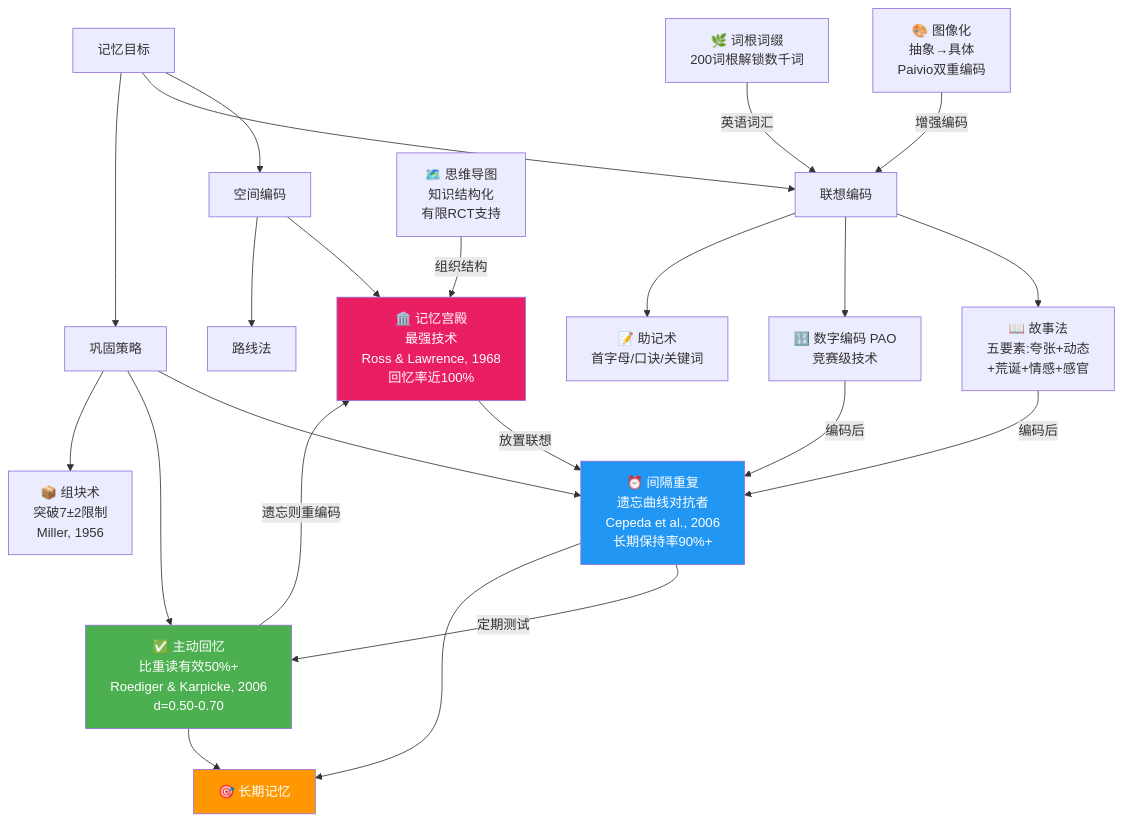
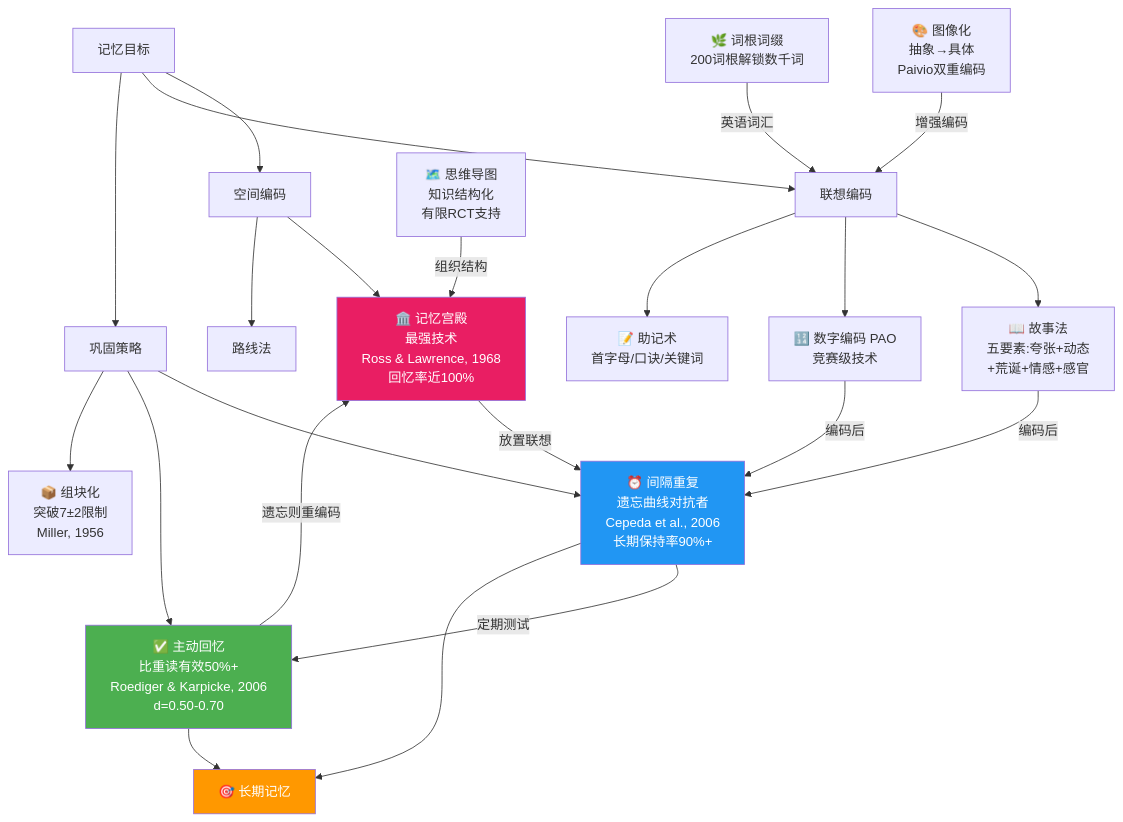
Before and after one commit to brother2050/memory-guide: the third of 3 diagrams in 02-核心记忆技巧.md, drawn with Mermaid. The commit also changed other lines of this file and 47 other files, not shown here.

````diff
--- a/02-核心记忆技巧.md
+++ b/02-核心记忆技巧.md
@@ -119,35 +119,35 @@
 ```mermaid
 graph TD
     START["记忆目标"] --> SPATIAL["空间编码"]
     START --> ASSOC["联想编码"]
     START --> CONSOL["巩固策略"]
 
     SPATIAL --> PALACE["🏛️ 记忆宫殿\n最强技术\nRoss & Lawrence, 1968\n回忆率近100%"]
     SPATIAL --> ROUTE["路线法"]
 
     ASSOC --> STORY["📖 故事法\n五要素:夸张+动态\n+荒诞+情感+感官"]
     ASSOC --> NUM["🔢 数字编码 PAO\n竞赛级技术"]
     ASSOC --> MNEMONIC["📝 助记术\n首字母/口诀/关键词"]
 
     CONSOL --> SR["⏰ 间隔重复\n遗忘曲线对抗者\nCepeda et al., 2006\n长期保持率90%+"]
     CONSOL --> AR["✅ 主动回忆\n比重读有效50%+\nRoediger & Karpicke, 2006\nd=0.50-0.70"]
-    CONSOL --> CHUNK["📦 组块术\n突破7±2限制\nMiller, 1956"]
+    CONSOL --> CHUNK["📦 组块化\n突破7±2限制\nMiller, 1956"]
 
     PALACE -->|放置联想| SR
     STORY -->|编码后| SR
     NUM -->|编码后| SR
     SR -->|定期测试| AR
     AR -->|遗忘则重编码| PALACE
 
     MINDMAP["🗺️ 思维导图\n知识结构化\n有限RCT支持"] -->|组织结构| PALACE
     VISUAL["🎨 图像化\n抽象→具体\nPaivio双重编码"] -->|增强编码| ASSOC
     ROOT["🌿 词根词缀\n200词根解锁数千词"] -->|英语词汇| ASSOC
 
     SR --> RESULT["🎯 长期记忆"]
     AR --> RESULT
 
     style PALACE fill:#E91E63,color:#fff
     style SR fill:#2196F3,color:#fff
     style AR fill:#4CAF50,color:#fff
     style RESULT fill:#FF9800,color:#fff
 ```
````
